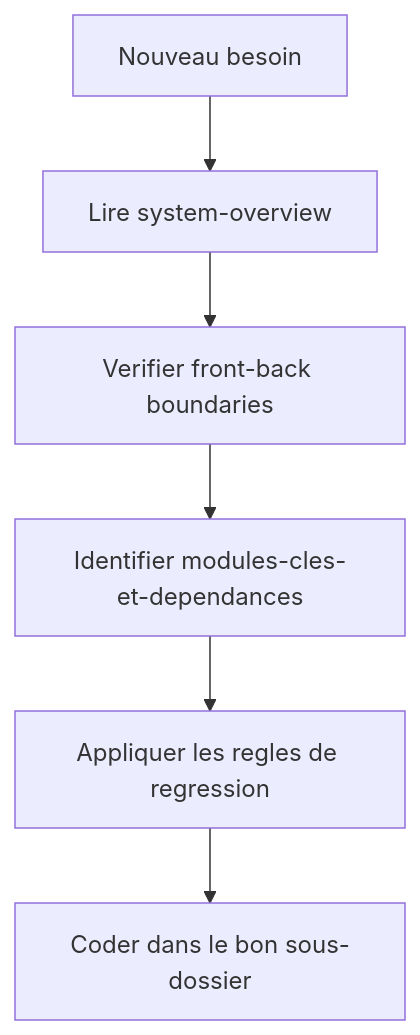
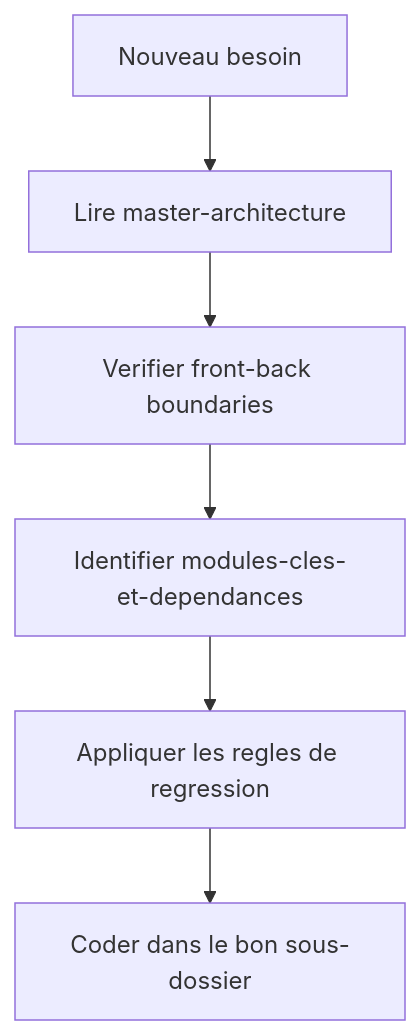
Before and after one commit to maxd4/CleanmyMap: the first of 3 diagrams in documentation/index-par-objectif.md, drawn with Mermaid. The commit also changed other lines of this file and 234 other files, not shown here.

````diff
--- a/documentation/index-par-objectif.md
+++ b/documentation/index-par-objectif.md
@@ -7,8 +7,8 @@
 ```mermaid
 flowchart TD
-  A["Nouveau besoin"] --> B["Lire system-overview"]
+  A["Nouveau besoin"] --> B["Lire master-architecture"]
   B --> C["Verifier front-back boundaries"]
   C --> D["Identifier modules-cles-et-dependances"]
   D --> E["Appliquer les regles de regression"]
   E --> F["Coder dans le bon sous-dossier"]
 ```
````
